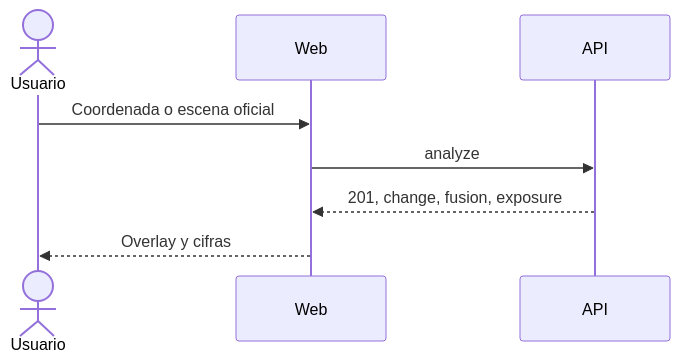
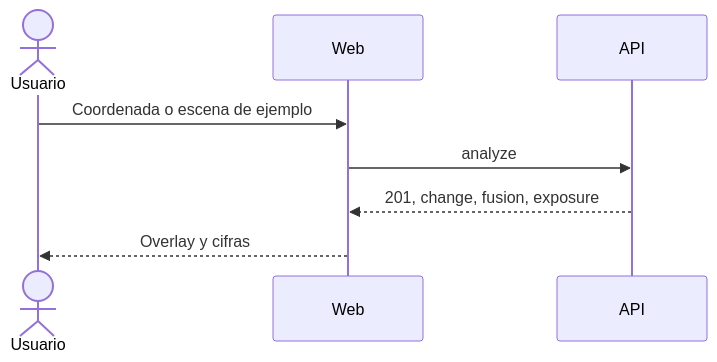
The third of 4 diagrams in docs/SegundoInforme.md (Charlsz/Tune), drawn with Mermaid before and after one commit. The commit also changed other lines of this file, not shown here.

````diff
--- a/docs/SegundoInforme.md
+++ b/docs/SegundoInforme.md
@@ -303,10 +317,10 @@
 ```mermaid
 sequenceDiagram
   actor Usuario
   participant Web
   participant API
-  Usuario->>Web: Coordenada o escena oficial
+  Usuario->>Web: Coordenada o escena de ejemplo
   Web->>API: analyze
   API-->>Web: 201, change, fusion, exposure
   Web-->>Usuario: Overlay y cifras
 ```
````
